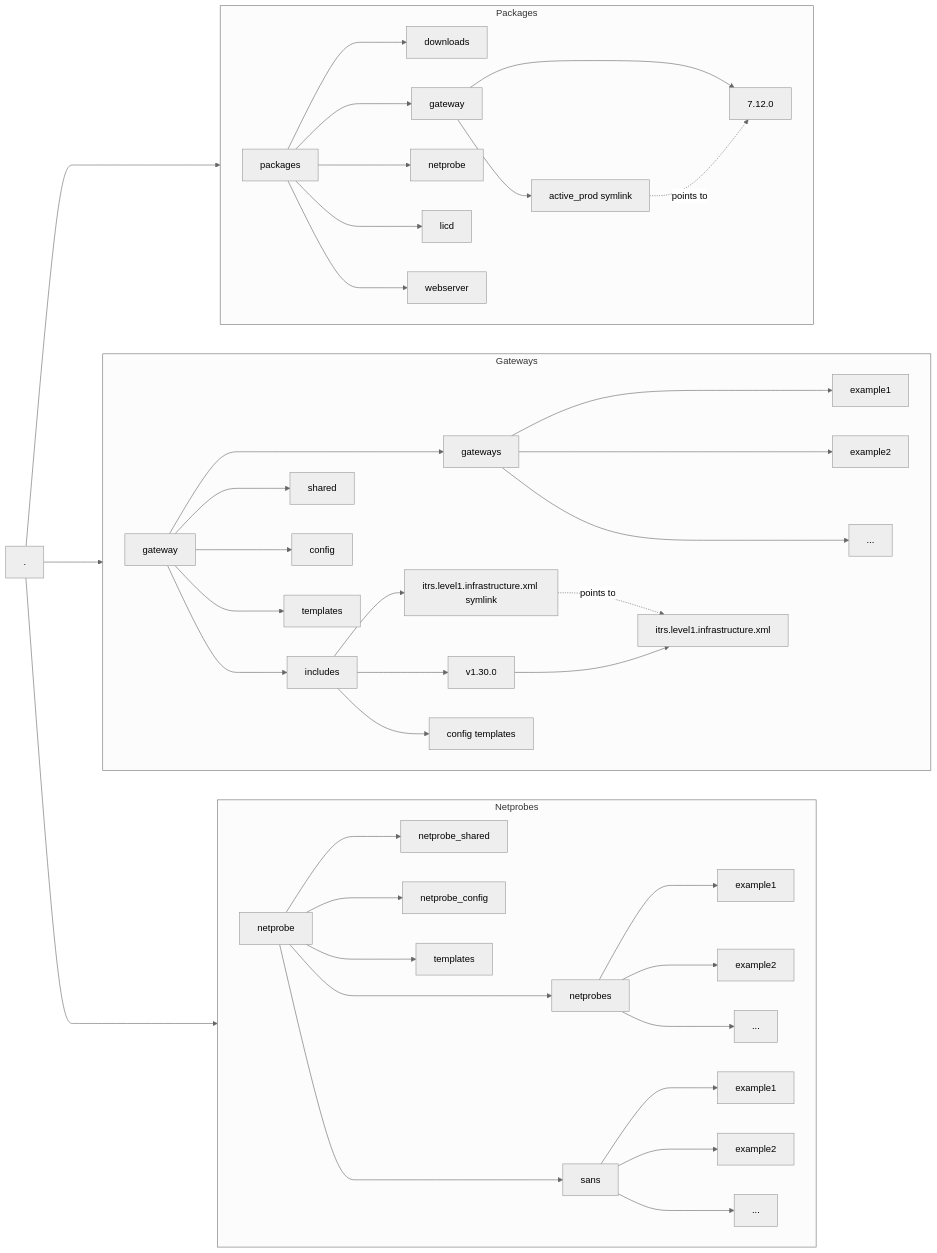
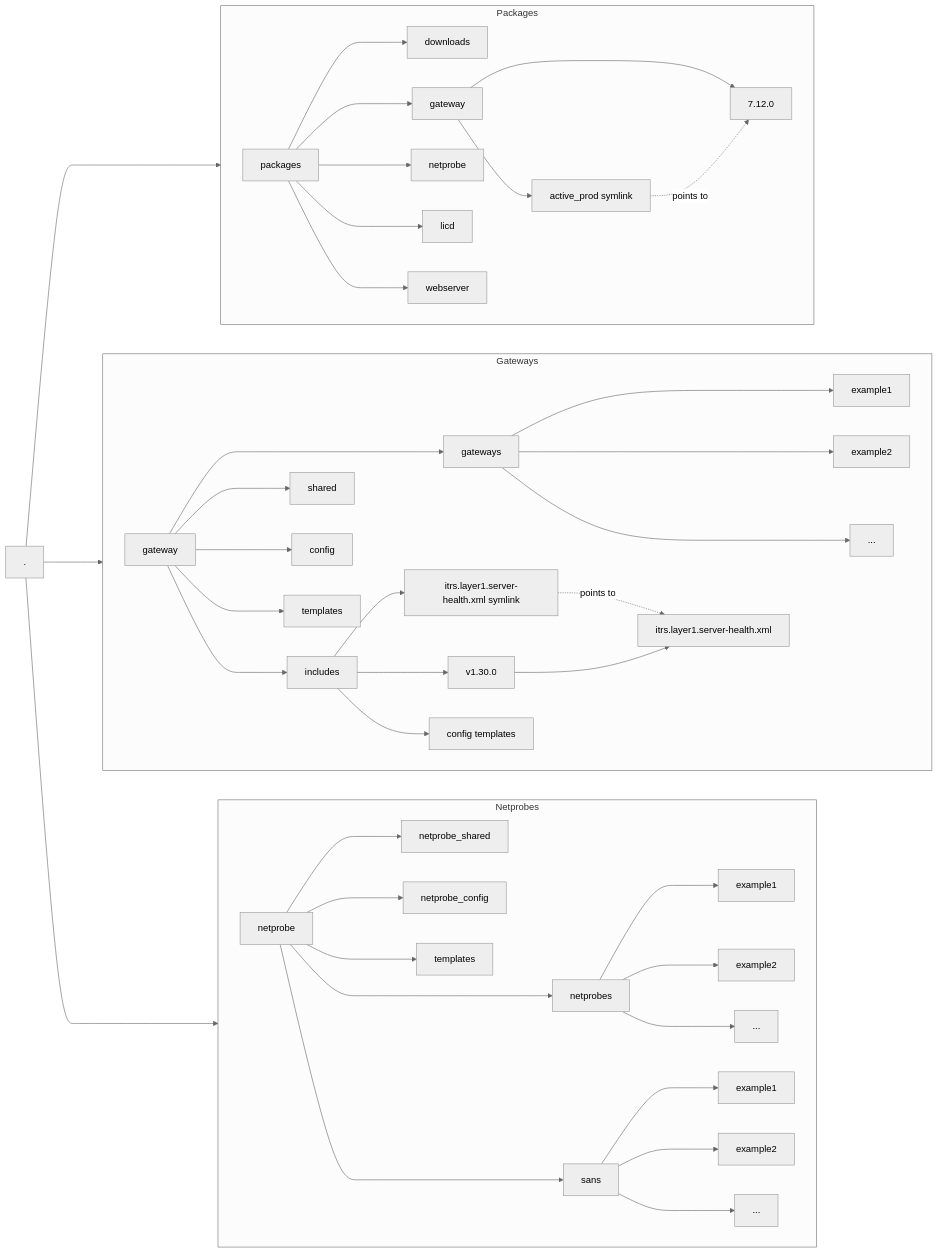
The diagram in tools/geneos/README.md (ITRS-Group/cordial), drawn with Mermaid before and after one commit. The commit also changed 49 other files, not shown here.

````diff
--- a/tools/geneos/README.md
+++ b/tools/geneos/README.md
@@ -297,45 +297,45 @@
 ```mermaid
 %%{ init: { 'theme': 'neutral', 'flowchart': { 'curve': 'basis' } } }%%
 flowchart LR
   root[.]
   root ---> Packages
     subgraph Packages
       direction LR
       packages ---> packages/downloads[downloads]
       packages ---> packageGateway[gateway]
       packageGateway --> gatewayActiveProd[active_prod symlink]
       packageGateway --> gatewayPackageVersion[7.12.0]
       gatewayActiveProd -.->|points to| gatewayPackageVersion
       packages ---> packages/netprobe[netprobe]
       packages ---> packages/licd[licd]
       packages ---> packages/webserver[webserver]
     end
   root ---> Gateways
     subgraph Gateways
       direction LR
       gateway ----> gateway/gateways[gateways]
       gateway ---> gateway/shared[shared] & gateway/config[config] & gateway/templates[templates]
       gateway ---> gatewayIncludes[includes]
-      gatewayIncludes --> gatewayIncludeLink[itrs.level1.infrastructure.xml symlink]
+      gatewayIncludes --> gatewayIncludeLink[itrs.layer1.server-health.xml symlink]
       gatewayIncludes --> gatewayIncludeVersion[v1.30.0]
       gatewayIncludes --> gatewayIncludeConfig[config templates]
-      gatewayIncludeVersion --> gatewayIncludeFile[itrs.level1.infrastructure.xml]
+      gatewayIncludeVersion --> gatewayIncludeFile[itrs.layer1.server-health.xml]
       gatewayIncludeLink -.->|points to| gatewayIncludeFile
         gateway/gateways ---> gateway/gateways/example1[example1]
         gateway/gateways ---> gateway/gateways/example2[example2]
         gateway/gateways ---> gateway/gateways/example3[...]
     end
   root ---> Netprobes
     subgraph Netprobes
       direction LR
       netprobe ----> netprobe/netprobes[netprobes]
       netprobe ----> netprobe/sans[sans]
       netprobe ---> netprobe_shared & netprobe_config & netprobe/templates[templates]
         netprobe/netprobes ---> netprobe/netprobes/example1[example1]
         netprobe/netprobes ---> netprobe/netprobes/example2[example2]
         netprobe/netprobes ---> netprobe/netprobes/example3[...]
         netprobe/sans ---> netprobe/sans/example1[example1]
         netprobe/sans ---> netprobe/sans/example2[example2]
         netprobe/sans ---> netprobe/sans/example3[...]
     end
 ```
````
